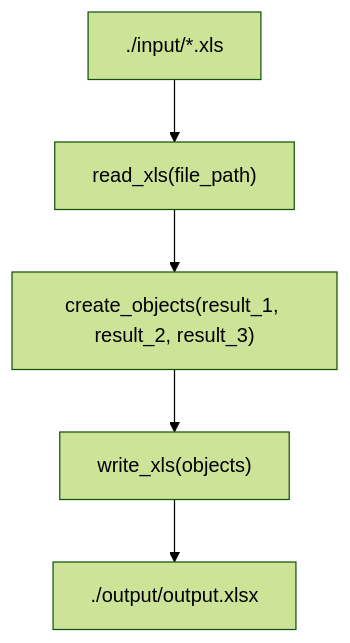
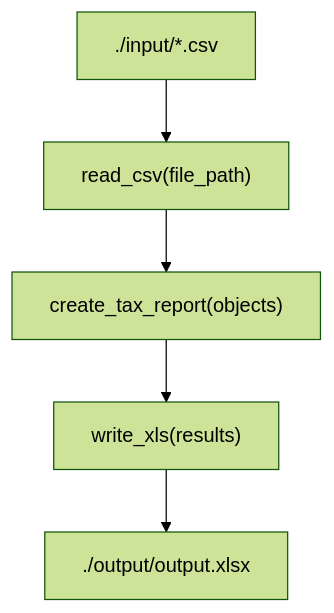
Before and after one commit to prmika/coinmotion-transaction-helper: the diagram in README.md, drawn with Mermaid (forest theme). The commit also changed other lines of this file, not shown here.

````diff
--- a/README.md
+++ b/README.md
@@ -4,7 +5,7 @@
 ```mermaid
 flowchart TD
-    A["./input/*.xls"] --> B["read_xls(file_path)"]
-    B --> C["create_objects(result_1, result_2, result_3)"]
-    C --> D["write_xls(objects)"]
+    A["./input/*.csv"] --> B["read_csv(file_path)"]
+    B --> C["create_tax_report(objects)"]
+    C --> D["write_xls(results)"]
     D --> E["./output/output.xlsx"]
 ```
````
